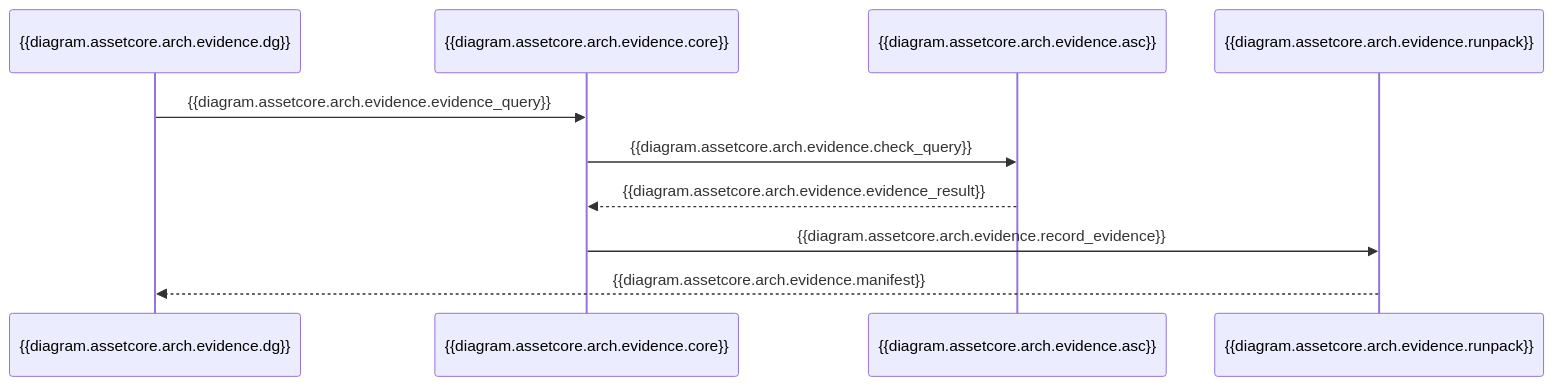
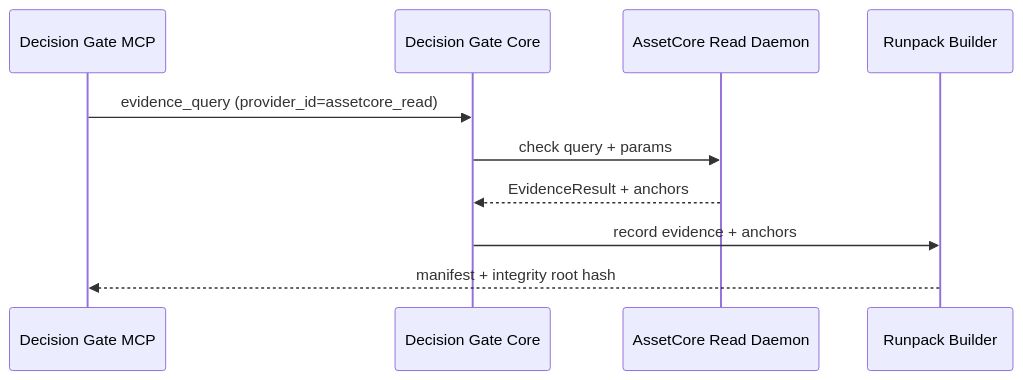
One commit to DaRealYungBidness/decision-gate changed the third of 3 diagrams in Docs/integrations/assetcore/architecture.md. Above: the diagram before and after it, drawn with Mermaid. The commit also changed other lines of this file and 18 other files, not shown here.

````diff
--- a/Docs/integrations/assetcore/architecture.md
+++ b/Docs/integrations/assetcore/architecture.md
@@ -43,14 +43,14 @@
 ```mermaid
-%% alt: {{diagram.assetcore.arch.evidence.alt}}
+%% alt: Evidence anchoring flow from AssetCore read to Decision Gate runpack recording.
 sequenceDiagram
-  participant DG as {{diagram.assetcore.arch.evidence.dg}}
-  participant Core as {{diagram.assetcore.arch.evidence.core}}
-  participant ASC as {{diagram.assetcore.arch.evidence.asc}}
-  participant Runpack as {{diagram.assetcore.arch.evidence.runpack}}
+  participant DG as Decision Gate MCP
+  participant Core as Decision Gate Core
+  participant ASC as AssetCore Read Daemon
+  participant Runpack as Runpack Builder
 
-  DG->>Core: {{diagram.assetcore.arch.evidence.evidence_query}}
-  Core->>ASC: {{diagram.assetcore.arch.evidence.check_query}}
-  ASC-->>Core: {{diagram.assetcore.arch.evidence.evidence_result}}
-  Core->>Runpack: {{diagram.assetcore.arch.evidence.record_evidence}}
-  Runpack-->>DG: {{diagram.assetcore.arch.evidence.manifest}}
+  DG->>Core: evidence_query (provider_id=assetcore_read)
+  Core->>ASC: check query + params
+  ASC-->>Core: EvidenceResult + anchors
+  Core->>Runpack: record evidence + anchors
+  Runpack-->>DG: manifest + integrity root hash
 ```
````
